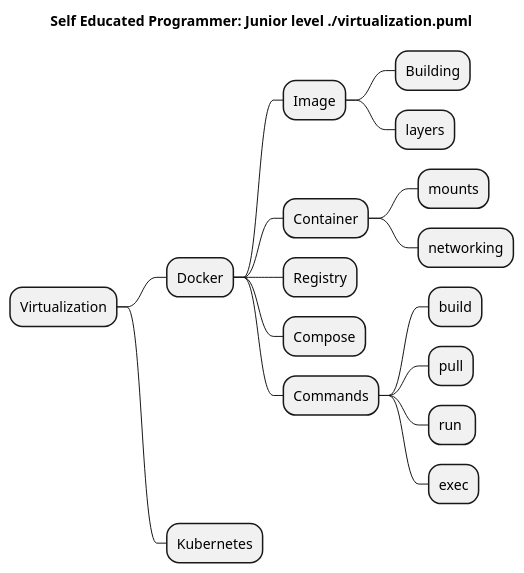
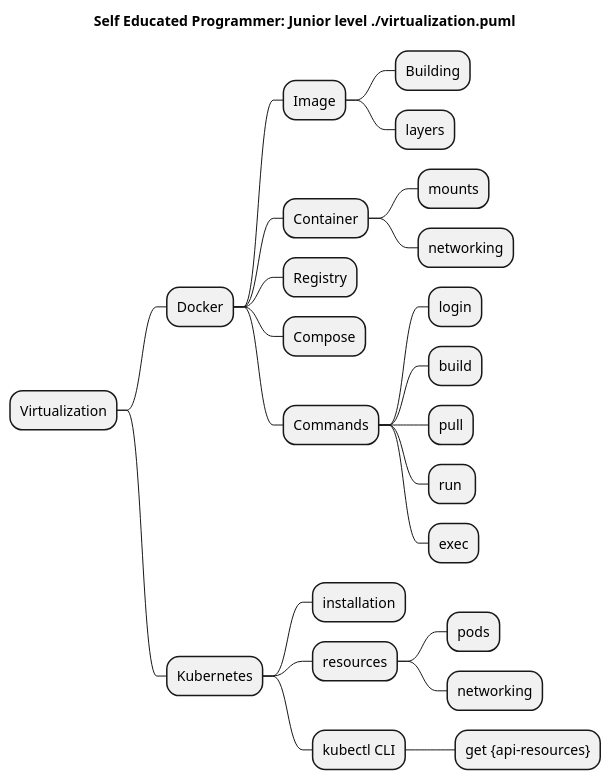
The diagram in src/virtualization.puml (SmartSoftDev/self_educated_software_programmer_path), drawn with PlantUML before and after one commit. The commit also changed 6 other files, not shown here.

```diff
--- a/src/virtualization.puml
+++ b/src/virtualization.puml
@@ -1,20 +1,27 @@
 @startmindmap
 title Self Educated Programmer: Junior level ./virtualization.puml
 
 * Virtualization
 ** Docker
 *** Image
 **** Building
 **** layers
 *** Container
 **** mounts
 **** networking
 *** Registry
 *** Compose
 *** Commands
+**** login
 **** build
 **** pull
 **** run 
 **** exec
 ** Kubernetes
+*** installation
+*** resources
+**** pods
+**** networking
+*** kubectl CLI
+**** get {api-resources}
 @endmindmap
```
